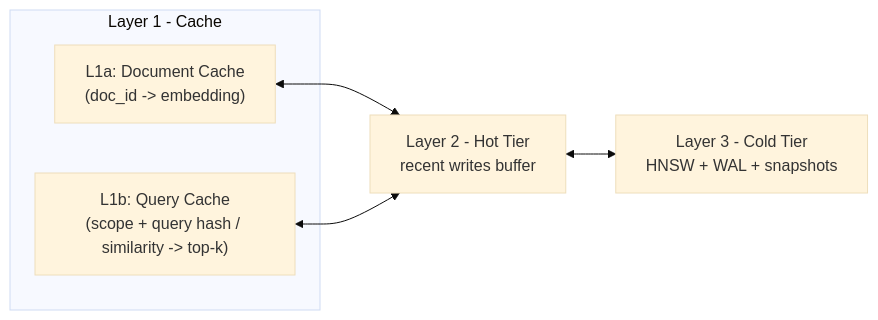
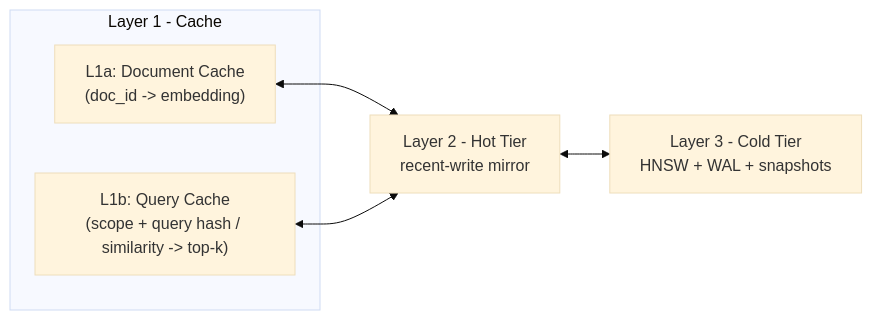
One commit to KyroDB/KyroDB changed the first of 4 diagrams in docs/TWO_LEVEL_CACHE_ARCHITECTURE.md. Above: the diagram before and after it, drawn with Mermaid (base theme). The commit also changed other lines of this file and 19 other files, not shown here.

````diff
--- a/docs/TWO_LEVEL_CACHE_ARCHITECTURE.md
+++ b/docs/TWO_LEVEL_CACHE_ARCHITECTURE.md
@@ -55,13 +58,13 @@
 ```mermaid
 flowchart LR
     subgraph L1["Layer 1 - Cache"]
       L1A["L1a: Document Cache\n(doc_id -> embedding)"]
       L1B["L1b: Query Cache\n(scope + query hash / similarity -> top-k)"]
     end
-    L2["Layer 2 - Hot Tier\nrecent writes buffer"]
+    L2["Layer 2 - Hot Tier\nrecent-write mirror"]
     L3["Layer 3 - Cold Tier\nHNSW + WAL + snapshots"]
 
     L1A <--> L2
     L1B <--> L2
     L2 <--> L3
 ```
````
